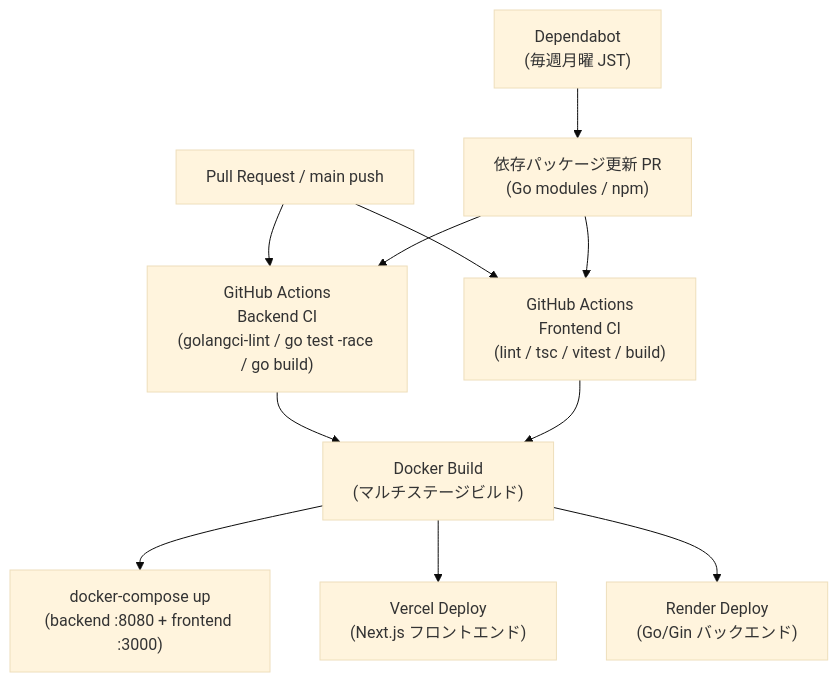
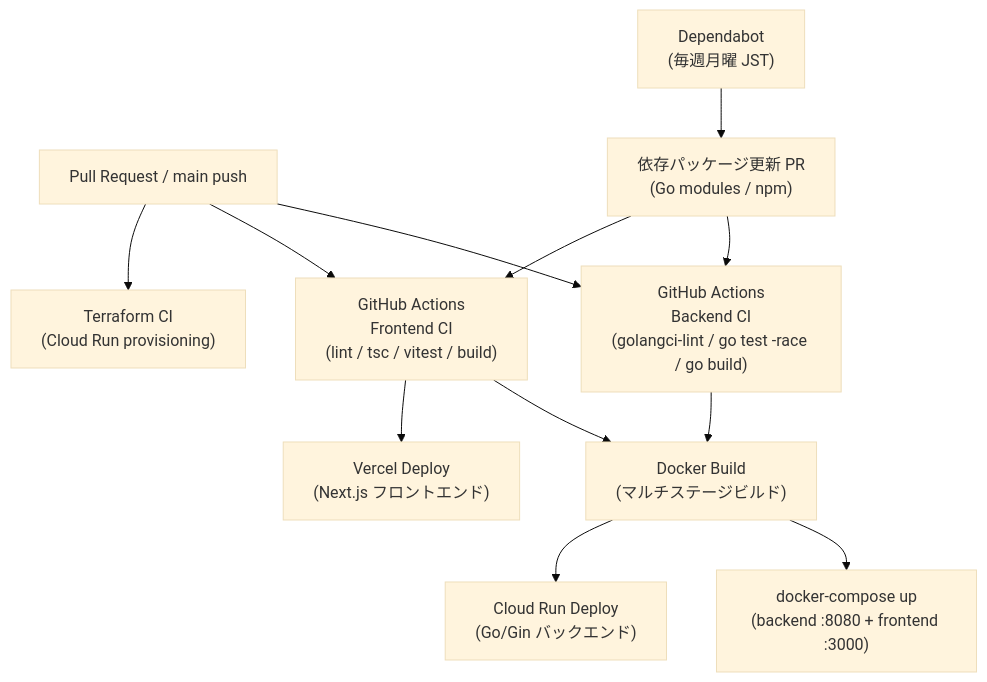
Before and after one commit to glkt3912/yield-guard: the second of 2 diagrams in docs/architecture.md, drawn with Mermaid (base theme). The commit also changed 1 other file, not shown here.

Commit message:
fix(docs): correct deploy target and diagram edges in Mermaid diagrams
- Replace Render with Cloud Run in README system diagram and architecture deploy diagram
- Remove incorrect Docker→Vercel edge; add CI_FE→Vercel to reflect git integration deploy
- Add Terraform CI node and PR→Terraform edge to deploy flow diagram

````diff
--- a/docs/architecture.md
+++ b/docs/architecture.md
@@ -43,23 +43,25 @@
 ```mermaid
 graph TD
     PR["Pull Request / main push"]
     CI_BE["GitHub Actions\nBackend CI\n(golangci-lint / go test -race / go build)"]
     CI_FE["GitHub Actions\nFrontend CI\n(lint / tsc / vitest / build)"]
     Docker["Docker Build\n(マルチステージビルド)"]
     Compose["docker-compose up\n(backend :8080 + frontend :3000)"]
     Vercel["Vercel Deploy\n(Next.js フロントエンド)"]
-    Render["Render Deploy\n(Go/Gin バックエンド)"]
+    CloudRun["Cloud Run Deploy\n(Go/Gin バックエンド)"]
+    Terraform["Terraform CI\n(Cloud Run provisioning)"]
     Dependabot["Dependabot\n(毎週月曜 JST)"]
     DepPR["依存パッケージ更新 PR\n(Go modules / npm)"]
 
     PR --> CI_BE
     PR --> CI_FE
+    PR --> Terraform
     CI_BE --> Docker
     CI_FE --> Docker
     Docker --> Compose
-    Docker --> Vercel
-    Docker --> Render
+    CI_FE --> Vercel
+    Docker --> CloudRun
     Dependabot --> DepPR
     DepPR --> CI_BE
     DepPR --> CI_FE
 ```
````
